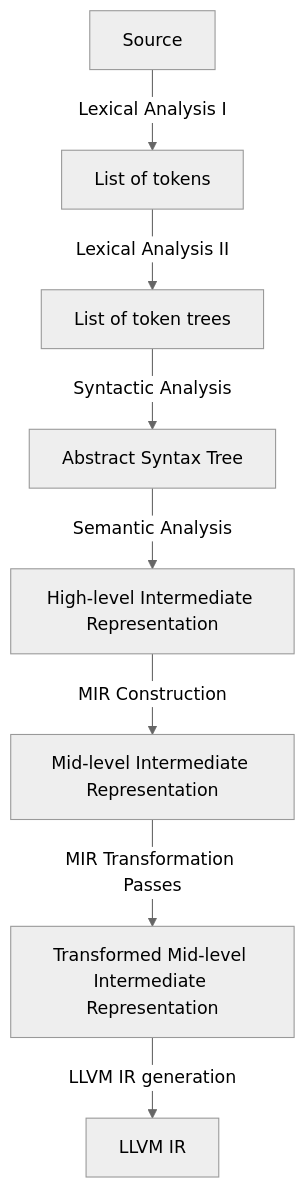
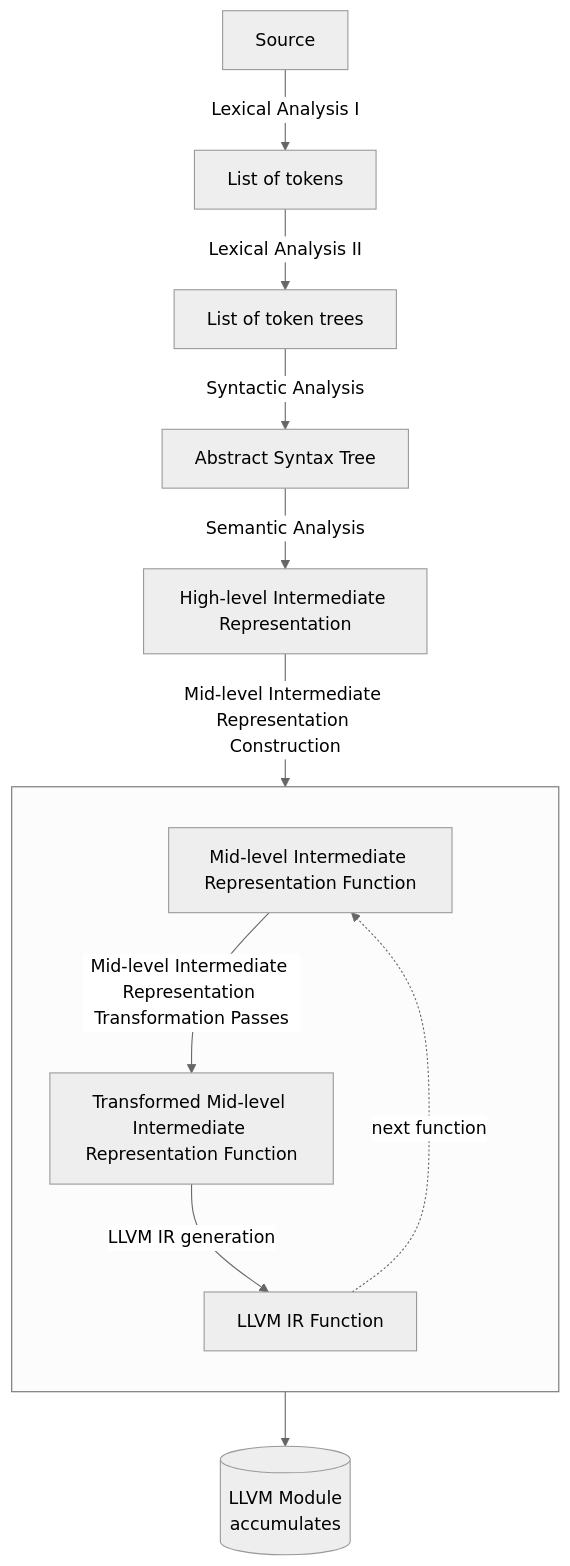
Before and after one commit to simontran7/crawfish: the diagram in docs/ARCHITECTURE.md, drawn with Mermaid (neutral theme). The commit also changed other lines of this file and 14 other files, not shown here.

````diff
--- a/docs/ARCHITECTURE.md
+++ b/docs/ARCHITECTURE.md
@@ -3,10 +3,17 @@
 ```mermaid
 flowchart TD
   A[Source] -->|Lexical Analysis I| B[List of tokens]
   B -->|Lexical Analysis II| C[List of token trees]
   C -->|Syntactic Analysis| D[Abstract Syntax Tree]
   D -->|Semantic Analysis| E[High-level Intermediate Representation]
-  E -->|MIR Construction| F[Mid-level Intermediate Representation]
-  F -->|MIR Transformation Passes| G[Transformed Mid-level Intermediate Representation]
-  G -->|LLVM IR generation| H[LLVM IR]
+
+  subgraph loop [" "]
+    direction TD
+    F[Mid-level Intermediate Representation Function] -->|Mid-level Intermediate Representation Transformation Passes| G[Transformed Mid-level Intermediate Representation Function]
+    G -->|LLVM IR generation| H[LLVM IR Function]
+  end
+
+  E -->|Mid-level Intermediate Representation Construction| loop
+  H --> M[(LLVM Module<br/>accumulates)]
+  H -.->|next function| F
 ```
````
